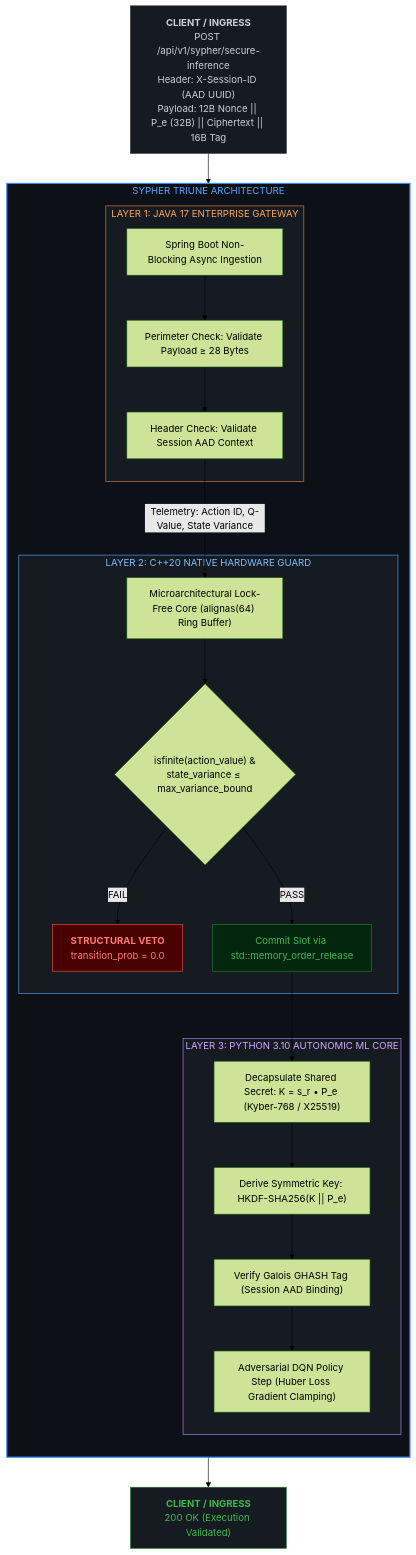
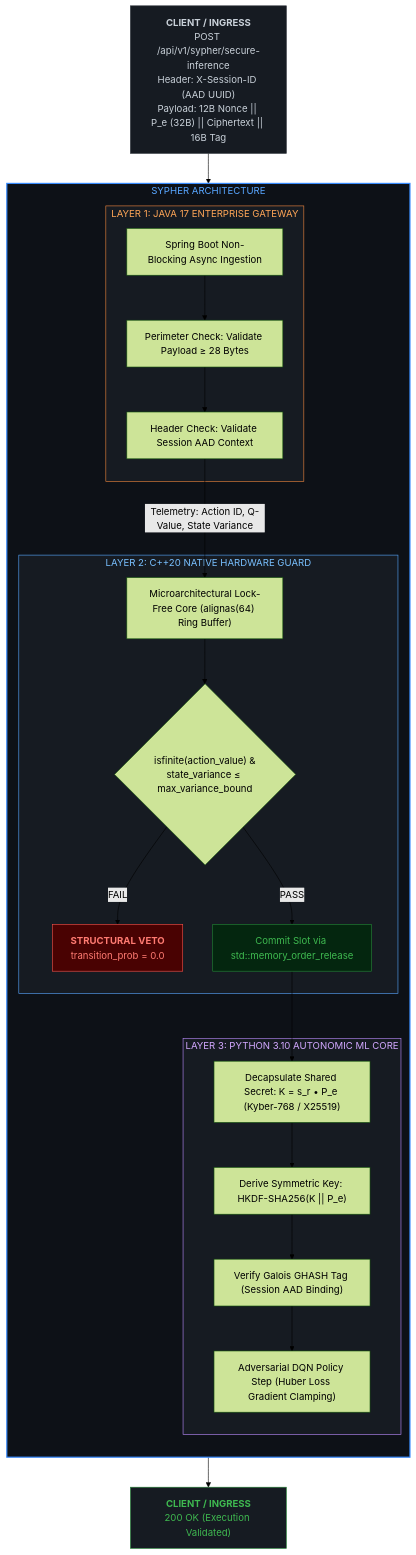
Before and after one commit to BArianlou/sypher-pqc-framework: the diagram in README.md, drawn with Mermaid (forest theme).

````diff
--- a/README.md
+++ b/README.md
@@ -68,52 +68,52 @@
 ```mermaid
 graph TD
     Client["<b>CLIENT / INGRESS</b><br/>POST /api/v1/sypher/secure-inference<br/>Header: X-Session-ID (AAD UUID)<br/>Payload: 12B Nonce || P_e (32B) || Ciphertext || 16B Tag"]
 
-    subgraph Sypher["SYPHER TRIUNE ARCHITECTURE"]
+    subgraph Sypher["SYPHER ARCHITECTURE"]
         direction TB
 
         subgraph L1["LAYER 1: JAVA 17 ENTERPRISE GATEWAY"]
             A1["Spring Boot Non-Blocking Async Ingestion"]
             A2["Perimeter Check: Validate Payload &ge; 28 Bytes"]
             A3["Header Check: Validate Session AAD Context"]
             A1 --> A2 --> A3
         end
 
         subgraph L2["LAYER 2: C++20 NATIVE HARDWARE GUARD"]
             B1["Microarchitectural Lock-Free Core (alignas(64) Ring Buffer)"]
             B2{"isfinite(action_value) &amp;<br/>state_variance &le; max_variance_bound"}
             B_Veto["<b>STRUCTURAL VETO</b><br/>transition_prob = 0.0"]
             B_Pass["Commit Slot via std::memory_order_release"]
 
             B1 --> B2
             B2 -- FAIL --> B_Veto
             B2 -- PASS --> B_Pass
         end
 
         subgraph L3["LAYER 3: PYTHON 3.10 AUTONOMIC ML CORE"]
             C1["Decapsulate Shared Secret: K = s_r &bull; P_e (Kyber-768 / X25519)"]
             C2["Derive Symmetric Key: HKDF-SHA256(K || P_e)"]
             C3["Verify Galois GHASH Tag (Session AAD Binding)"]
             C4["Adversarial DQN Policy Step (Huber Loss Gradient Clamping)"]
 
             C1 --> C2 --> C3 --> C4
         end
 
         A3 -- "Telemetry: Action ID, Q-Value, State Variance" --> B1
         B_Pass --> C1
     end
 
     Validated["<b>CLIENT / INGRESS</b><br/>200 OK (Execution Validated)"]
 
     Client --> A1
     C4 --> Validated
 
     style Client fill:#161b22,stroke:#30363d,stroke-width:1px,color:#c9d1d9
     style Validated fill:#161b22,stroke:#238636,stroke-width:1px,color:#3fb950
     style Sypher fill:#0d1117,stroke:#388bfd,stroke-width:2px,color:#58a6ff
     style L1 fill:#161b22,stroke:#f0883e,stroke-width:1px,color:#ffa657
     style L2 fill:#161b22,stroke:#58a6ff,stroke-width:1px,color:#79c0ff
     style L3 fill:#161b22,stroke:#bc8cff,stroke-width:1px,color:#d2a8ff
     style B_Veto fill:#490202,stroke:#f85149,stroke-width:1px,color:#ff7b72
     style B_Pass fill:#04260f,stroke:#238636,stroke-width:1px,color:#3fb950
 ```
````
